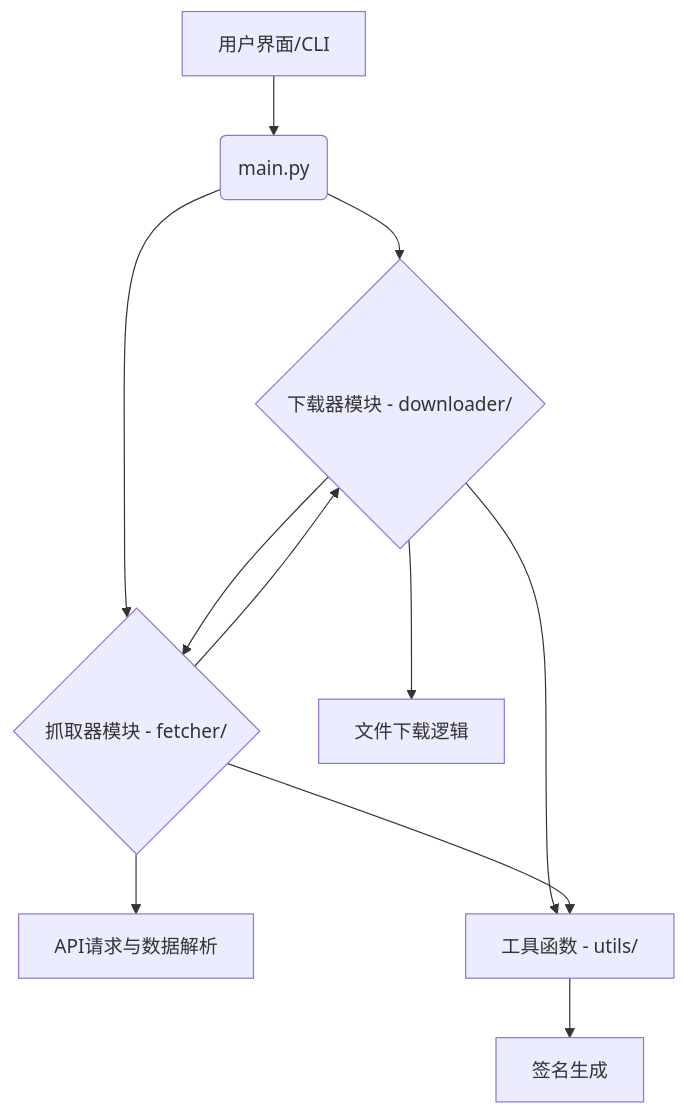
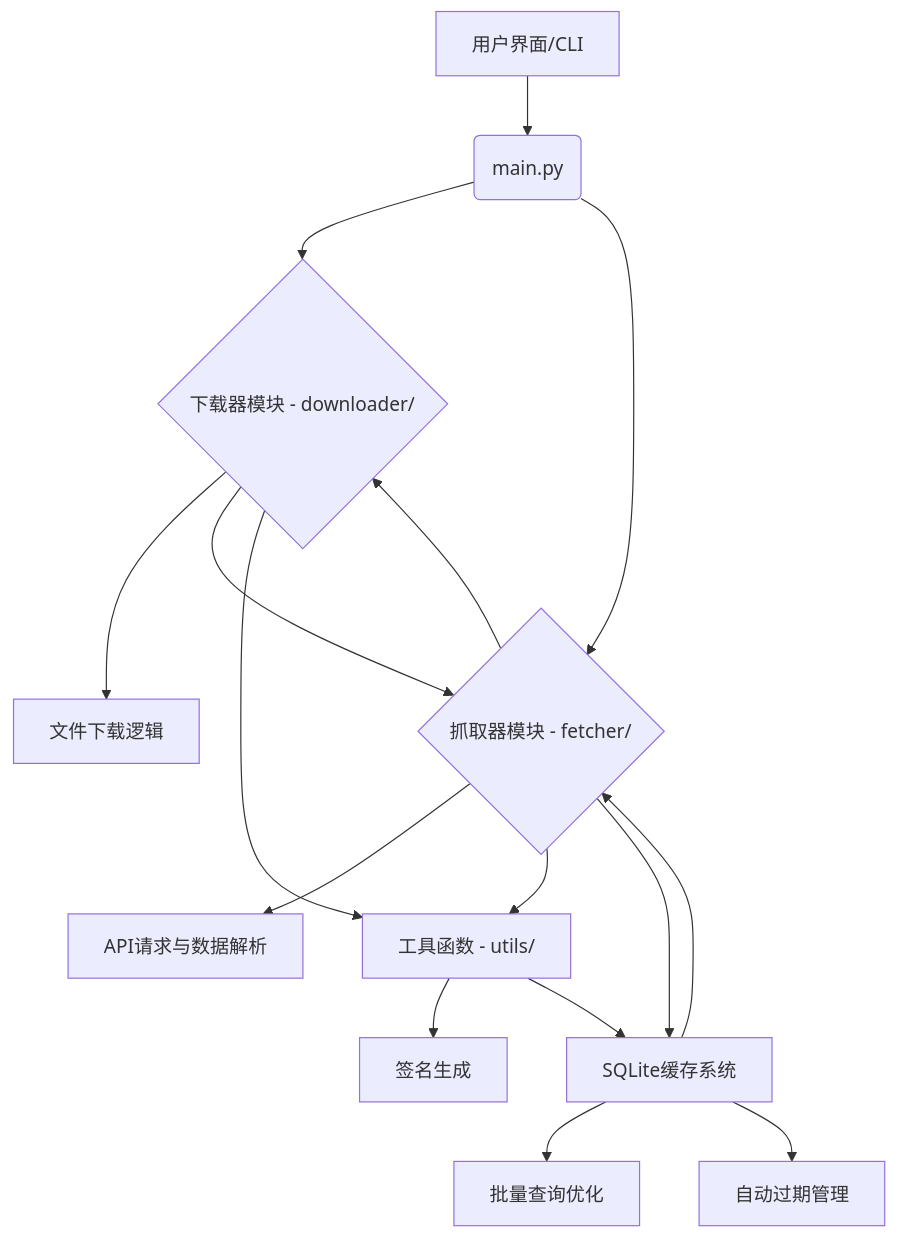
Before and after one commit to hero-heilun/ximalaya-fetchs: the diagram in README.md, drawn with Mermaid. The commit also changed other lines of this file and 17 other files, not shown here.

````diff
--- a/README.md
+++ b/README.md
@@ -22,13 +27,18 @@
 ```mermaid
 graph TD
     A[用户界面/CLI] --> B(main.py)
     B --> C{下载器模块 - downloader/}
     B --> D{抓取器模块 - fetcher/}
     C --> E[文件下载逻辑]
     D --> F[API请求与数据解析]
     C --> D
     D --> C
     C --> G[工具函数 - utils/]
     D --> G
     G --> H[签名生成]
+    G --> I[SQLite缓存系统]
+    D --> I
+    I --> D
+    I --> J[批量查询优化]
+    I --> K[自动过期管理]
 ```
````
